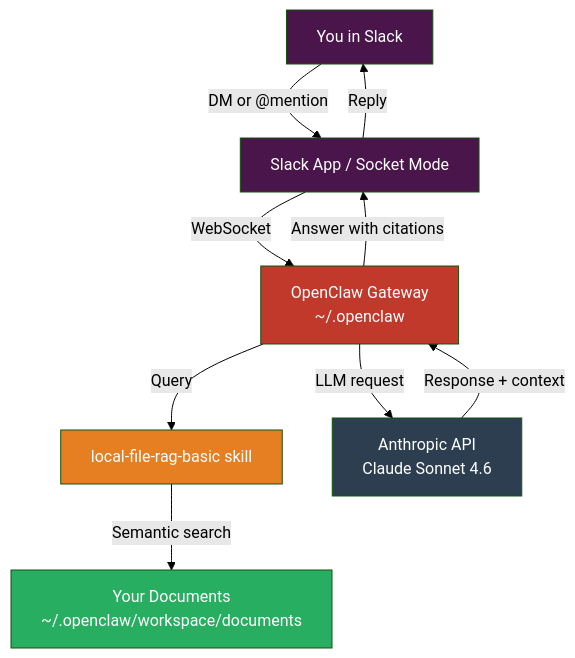
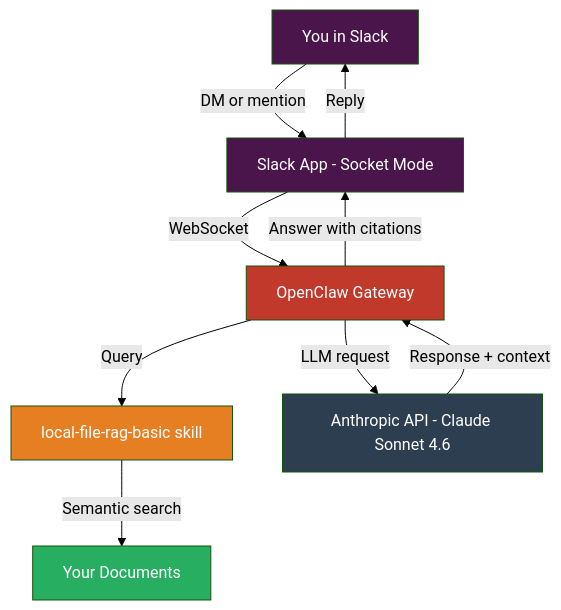
One commit to iportilla/4120-Intro changed the first of 4 diagrams in docs/README.md. Above: the diagram before and after it, drawn with Mermaid (forest theme). The commit also changed other lines of this file, not shown here.

````diff
--- a/docs/README.md
+++ b/docs/README.md
@@ -16,18 +16,18 @@
 ```mermaid
 graph TD
-    A[You in Slack] -->|DM or @mention| B[Slack App / Socket Mode]
-    B -->|WebSocket| C[OpenClaw Gateway\n~/.openclaw]
+    A[You in Slack] -->|DM or mention| B[Slack App - Socket Mode]
+    B -->|WebSocket| C[OpenClaw Gateway]
     C -->|Query| D[local-file-rag-basic skill]
-    D -->|Semantic search| E[Your Documents\n~/.openclaw/workspace/documents]
-    C -->|LLM request| F[Anthropic API\nClaude Sonnet 4.6]
+    D -->|Semantic search| E[Your Documents]
+    C -->|LLM request| F[Anthropic API - Claude Sonnet 4.6]
     F -->|Response + context| C
     C -->|Answer with citations| B
     B -->|Reply| A
 
     style A fill:#4A154B,color:#fff
     style B fill:#4A154B,color:#fff
     style C fill:#c0392b,color:#fff
     style D fill:#e67e22,color:#fff
     style E fill:#27ae60,color:#fff
     style F fill:#2c3e50,color:#fff
 ```
````
